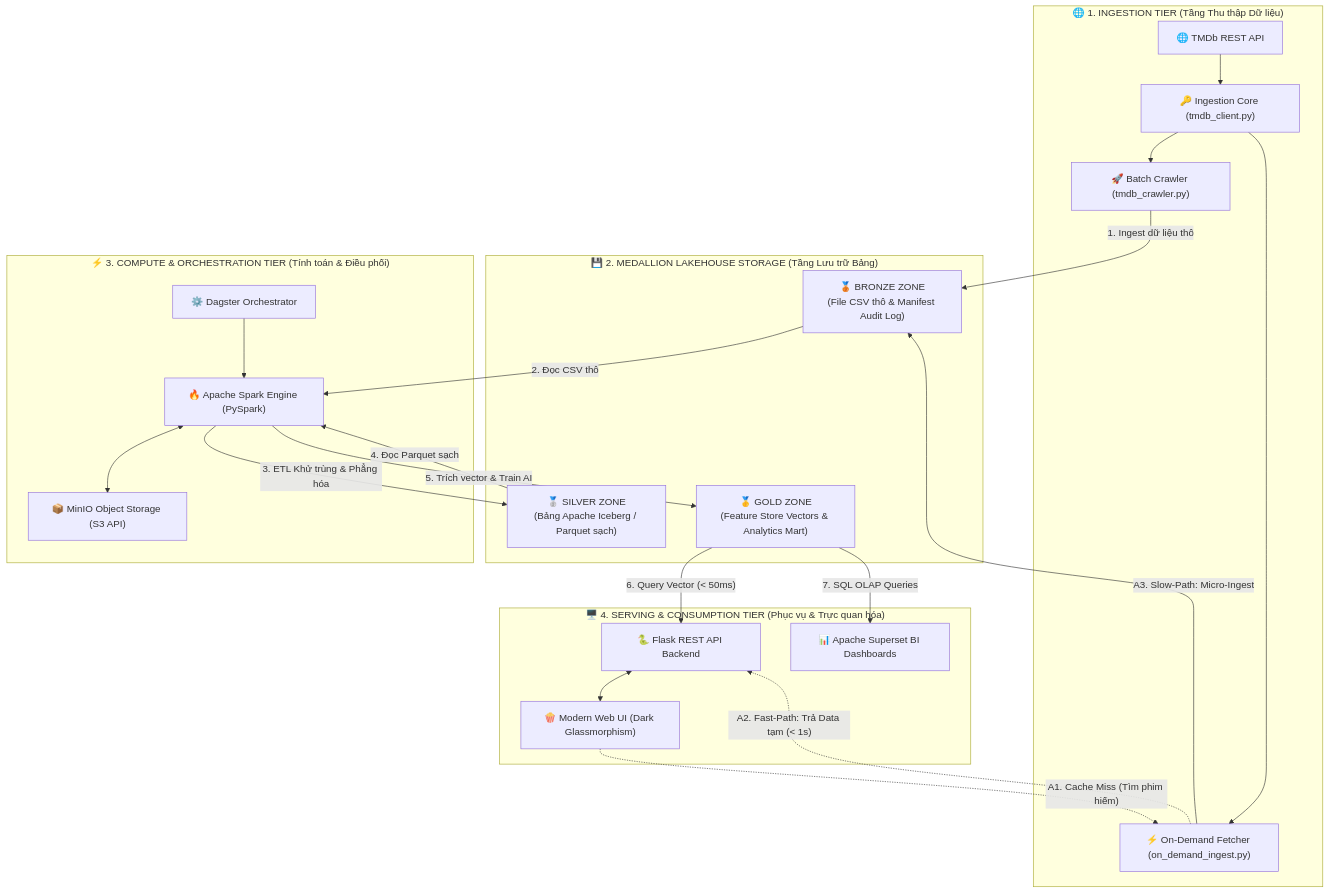
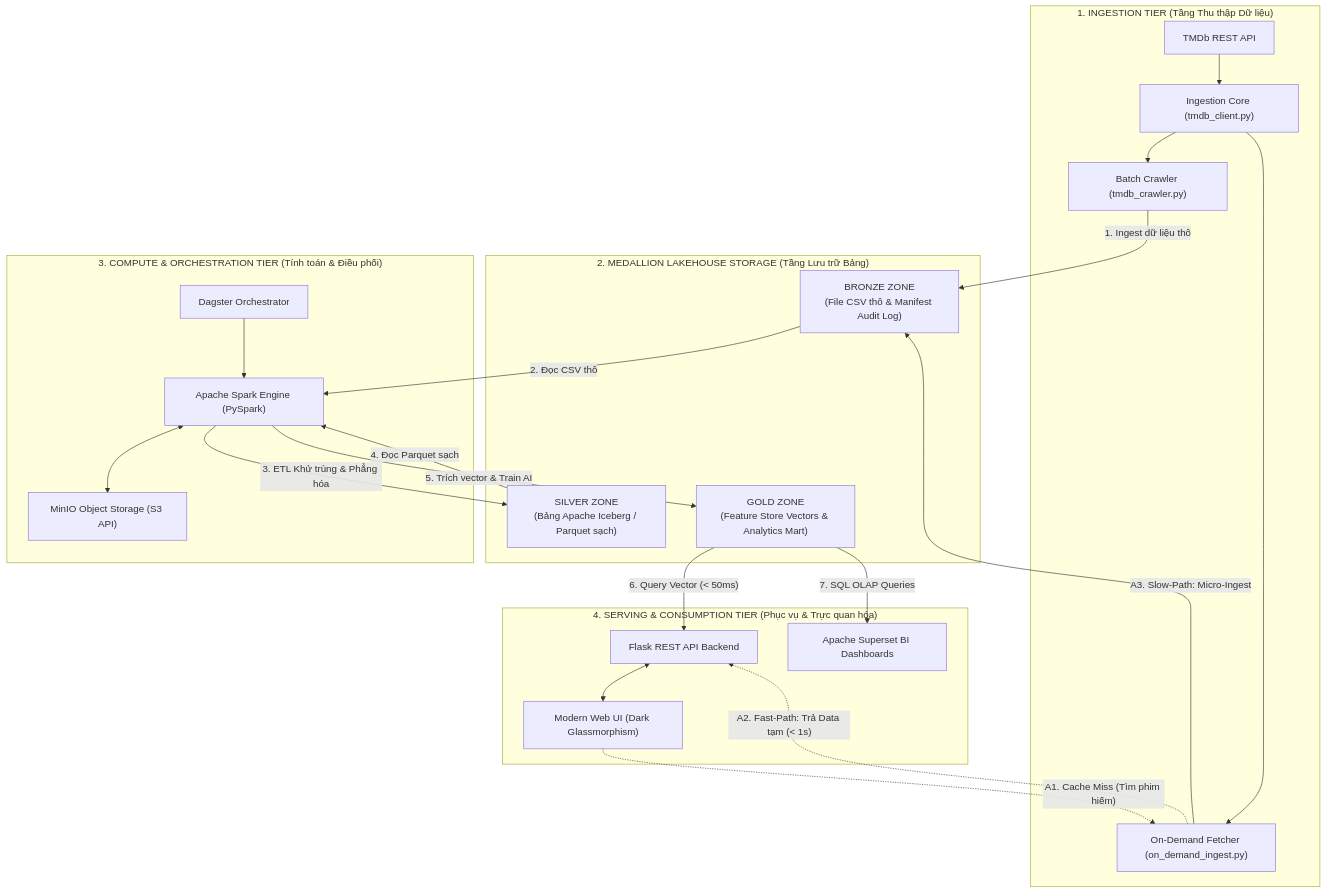
The first of 5 diagrams in docs/so_do_kien_truc_chi_tiet.md (tuanh250105/movie-data-platform), drawn with Mermaid before and after one commit. The commit also changed other lines of this file, not shown here.

Commit message:
docs: Remove all emojis and icons from architecture diagrams

````diff
--- a/docs/so_do_kien_truc_chi_tiet.md
+++ b/docs/so_do_kien_truc_chi_tiet.md
@@ -12,50 +12,50 @@
 ```mermaid
 flowchart TD
     %% TẦNG 1: INGESTION
-    subgraph T1 ["🌐 1. INGESTION TIER (Tầng Thu thập Dữ liệu)"]
-        TMDB["🌐 TMDb REST API"] --> Client["🔑 Ingestion Core (tmdb_client.py)"]
-        Client --> Crawler["🚀 Batch Crawler (tmdb_crawler.py)"]
-        Client --> OnDemand["⚡ On-Demand Fetcher (on_demand_ingest.py)"]
+    subgraph T1 ["1. INGESTION TIER (Tầng Thu thập Dữ liệu)"]
+        TMDB["TMDb REST API"] --> Client["Ingestion Core (tmdb_client.py)"]
+        Client --> Crawler["Batch Crawler (tmdb_crawler.py)"]
+        Client --> OnDemand["On-Demand Fetcher (on_demand_ingest.py)"]
     end
 
     %% TẦNG 2: LAKEHOUSE STORAGE
-    subgraph T2 ["💾 2. MEDALLION LAKEHOUSE STORAGE (Tầng Lưu trữ Bảng)"]
-        Bronze["🥉 BRONZE ZONE<br/>(File CSV thô & Manifest Audit Log)"]
-        Silver["🥈 SILVER ZONE<br/>(Bảng Apache Iceberg / Parquet sạch)"]
-        Gold["🥇 GOLD ZONE<br/>(Feature Store Vectors & Analytics Mart)"]
+    subgraph T2 ["2. MEDALLION LAKEHOUSE STORAGE (Tầng Lưu trữ Bảng)"]
+        Bronze["BRONZE ZONE<br/>(File CSV thô & Manifest Audit Log)"]
+        Silver["SILVER ZONE<br/>(Bảng Apache Iceberg / Parquet sạch)"]
+        Gold["GOLD ZONE<br/>(Feature Store Vectors & Analytics Mart)"]
     end
 
     %% TẦNG 3: ENGINE
-    subgraph T3 ["⚡ 3. COMPUTE & ORCHESTRATION TIER (Tính toán & Điều phối)"]
-        Spark["🔥 Apache Spark Engine (PySpark)"]
-        MinIO["📦 MinIO Object Storage (S3 API)"]
-        Dagster["⚙️ Dagster Orchestrator"]
+    subgraph T3 ["3. COMPUTE & ORCHESTRATION TIER (Tính toán & Điều phối)"]
+        Spark["Apache Spark Engine (PySpark)"]
+        MinIO["MinIO Object Storage (S3 API)"]
+        Dagster["Dagster Orchestrator"]
         
         Spark <--> MinIO
         Dagster --> Spark
     end
 
     %% TẦNG 4: SERVING & CONSUMPTION
-    subgraph T4 ["🖥️ 4. SERVING & CONSUMPTION TIER (Phục vụ & Trực quan hóa)"]
-        Flask["🐍 Flask REST API Backend"]
-        WebUI["🍿 Modern Web UI (Dark Glassmorphism)"]
-        Superset["📊 Apache Superset BI Dashboards"]
+    subgraph T4 ["4. SERVING & CONSUMPTION TIER (Phục vụ & Trực quan hóa)"]
+        Flask["Flask REST API Backend"]
+        WebUI["Modern Web UI (Dark Glassmorphism)"]
+        Superset["Apache Superset BI Dashboards"]
         
         Flask <--> WebUI
     end
 
     %% LUỒNG NỐI CHÍNH (DATA LINEAGE CLEAR FLOW)
     Crawler -->|"1. Ingest dữ liệu thô"| Bronze
     Bronze -->|"2. Đọc CSV thô"| Spark
     Spark -->|"3. ETL Khử trùng & Phẳng hóa"| Silver
     Silver -->|"4. Đọc Parquet sạch"| Spark
     Spark -->|"5. Trích vector & Train AI"| Gold
 
     Gold -->|"6. Query Vector (< 50ms)"| Flask
     Gold -->|"7. SQL OLAP Queries"| Superset
 
     %% LUỒNG KÉP (DUAL-PATH FAST/SLOW LOOP)
     WebUI -. "A1. Cache Miss (Tìm phim hiếm)" .-> OnDemand
     OnDemand -. "A2. Fast-Path: Trả Data tạm (< 1s)" .-> Flask
     OnDemand -->|"A3. Slow-Path: Micro-Ingest"| Bronze
 ```
````
